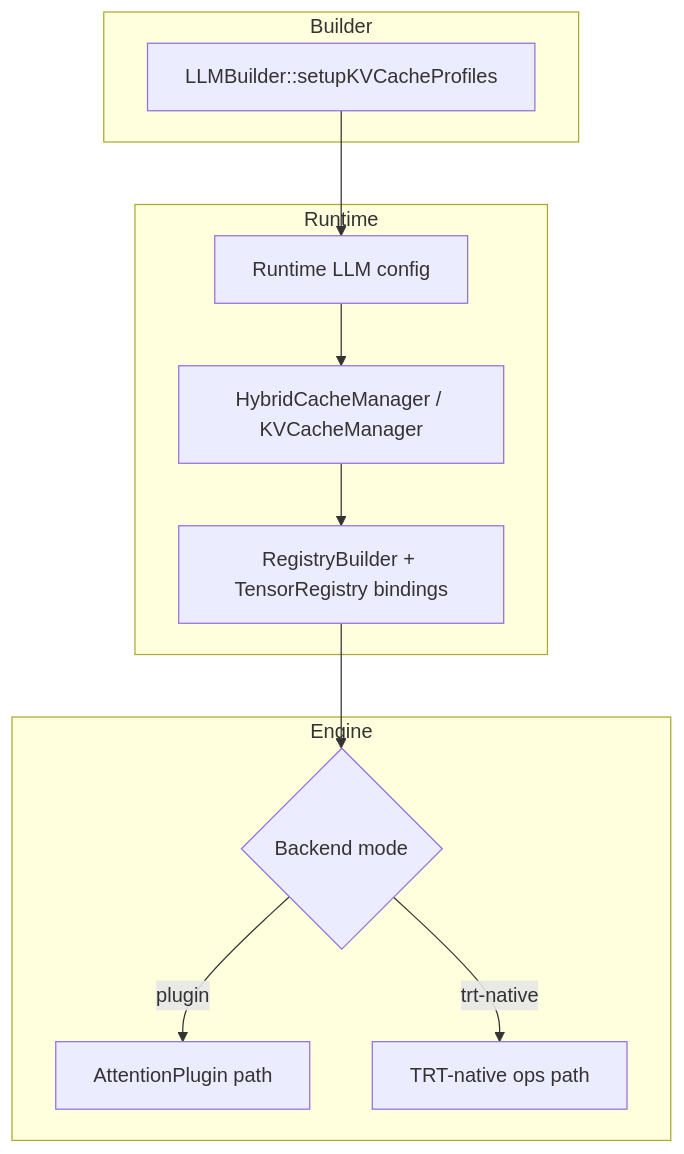
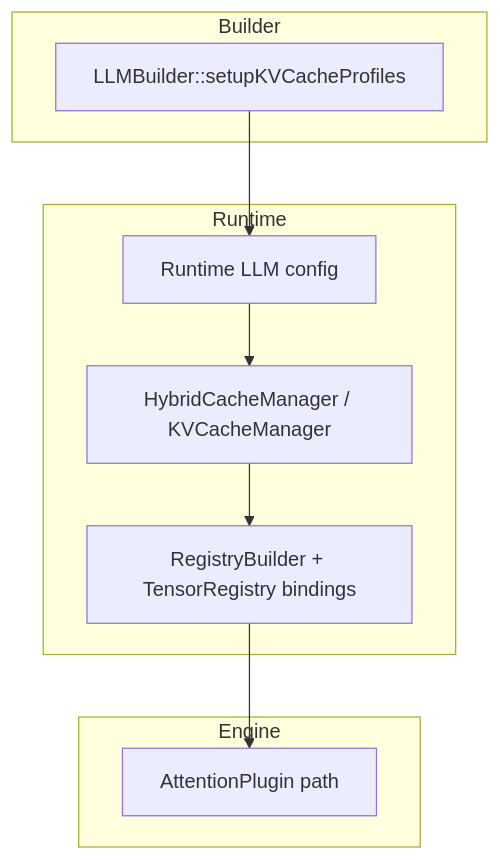
The diagram in design/concepts/components/kv_cache/decoder.adoc (ConstBob/TensorRT-Edge-LLM), drawn with Mermaid before and after one commit. The commit also changed other lines of this file and 29 other files, not shown here.

Commit message:
Remove orphaned LLM-decoder trt_native_ops attention path

```diff
--- a/design/concepts/components/kv_cache/decoder.adoc
+++ b/design/concepts/components/kv_cache/decoder.adoc
@@ -27,23 +27,19 @@
 [mermaid]
 ----
 flowchart TB
     subgraph Builder
         A[LLMBuilder::setupKVCacheProfiles]
     end
 
     subgraph Runtime
         B[Runtime LLM config]
         C[HybridCacheManager / KVCacheManager]
         D[RegistryBuilder + TensorRegistry bindings]
     end
 
     subgraph Engine
-        E{Backend mode}
         F[AttentionPlugin path]
-        G[TRT-native ops path]
     end
 
-    A --> B --> C --> D --> E
-    E -->|plugin| F
-    E -->|trt-native| G
+    A --> B --> C --> D --> F
 ----
```
